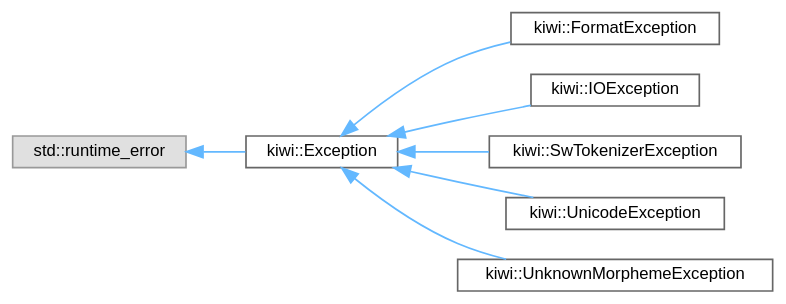
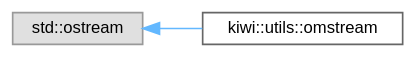
One commit to bab2min/Kiwi changed the diagram in inherit_graph_132.dot. Above: the diagram before and after it, drawn with Graphviz. The commit also changed 150 other files, not shown here.

```diff
--- a/inherit_graph_132.dot
+++ b/inherit_graph_132.dot
@@ -1,21 +1,11 @@
 digraph "Graphical Class Hierarchy"
 {
  // LATEX_PDF_SIZE
   bgcolor="transparent";
   edge [fontname=Helvetica,fontsize=10,labelfontname=Helvetica,labelfontsize=10];
   node [fontname=Helvetica,fontsize=10,shape=box,height=0.2,width=0.4];
   rankdir="LR";
-  Node0 [id="Node000000",label="std::runtime_error",height=0.2,width=0.4,color="grey60", fillcolor="#E0E0E0", style="filled",tooltip=" "];
-  Node0 -> Node1 [id="edge24_Node000000_Node000001",dir="back",color="steelblue1",style="solid",tooltip=" "];
-  Node1 [id="Node000001",label="kiwi::Exception",height=0.2,width=0.4,color="grey40", fillcolor="white", style="filled",URL="$classkiwi_1_1Exception.html",tooltip=" "];
-  Node1 -> Node2 [id="edge25_Node000001_Node000002",dir="back",color="steelblue1",style="solid",tooltip=" "];
-  Node2 [id="Node000002",label="kiwi::FormatException",height=0.2,width=0.4,color="grey40", fillcolor="white", style="filled",URL="$classkiwi_1_1FormatException.html",tooltip=" "];
-  Node1 -> Node3 [id="edge26_Node000001_Node000003",dir="back",color="steelblue1",style="solid",tooltip=" "];
-  Node3 [id="Node000003",label="kiwi::IOException",height=0.2,width=0.4,color="grey40", fillcolor="white", style="filled",URL="$classkiwi_1_1IOException.html",tooltip=" "];
-  Node1 -> Node4 [id="edge27_Node000001_Node000004",dir="back",color="steelblue1",style="solid",tooltip=" "];
-  Node4 [id="Node000004",label="kiwi::SwTokenizerException",height=0.2,width=0.4,color="grey40", fillcolor="white", style="filled",URL="$classkiwi_1_1SwTokenizerException.html",tooltip=" "];
-  Node1 -> Node5 [id="edge28_Node000001_Node000005",dir="back",color="steelblue1",style="solid",tooltip=" "];
-  Node5 [id="Node000005",label="kiwi::UnicodeException",height=0.2,width=0.4,color="grey40", fillcolor="white", style="filled",URL="$classkiwi_1_1UnicodeException.html",tooltip=" "];
-  Node1 -> Node6 [id="edge29_Node000001_Node000006",dir="back",color="steelblue1",style="solid",tooltip=" "];
-  Node6 [id="Node000006",label="kiwi::UnknownMorphemeException",height=0.2,width=0.4,color="grey40", fillcolor="white", style="filled",URL="$classkiwi_1_1UnknownMorphemeException.html",tooltip=" "];
+  Node0 [id="Node000000",label="std::ostream",height=0.2,width=0.4,color="grey60", fillcolor="#E0E0E0", style="filled",tooltip=" "];
+  Node0 -> Node1 [id="edge22_Node000000_Node000001",dir="back",color="steelblue1",style="solid",tooltip=" "];
+  Node1 [id="Node000001",label="kiwi::utils::omstream",height=0.2,width=0.4,color="grey40", fillcolor="white", style="filled",URL="$classkiwi_1_1utils_1_1omstream.html",tooltip=" "];
 }
```
